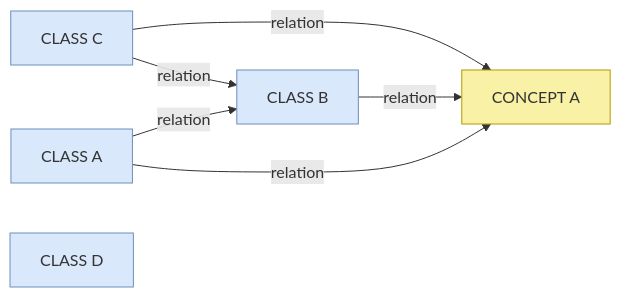
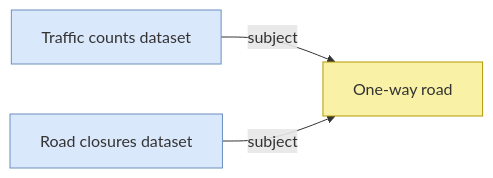
Before and after one commit to Kurrawong/docs: the fourth of 7 diagrams in docs/concepts/vocabs/introduction.md, drawn with Mermaid. The commit also changed other lines of this file, not shown here.

````diff
--- a/docs/concepts/vocabs/introduction.md
+++ b/docs/concepts/vocabs/introduction.md
@@ -163,17 +165,12 @@
 ```mermaid
 graph LR;
     classDef concept fill:#f9f1a5,stroke:#b59a00;
     classDef default fill:#dae8fc,stroke:#6c8ebf;
-    
-    4["CLASS C"];
-    7["CONCEPT A"]:::concept;
-    8["CLASS B"];
-    9["CLASS A"];
-    10["CLASS D"];
 
-    4 -- "relation" --> 7;
-    4 -- "relation" --> 8;
-    8 -- "relation" --> 7;
-    9 -- "relation" --> 7;
-    9 -- "relation" --> 8;
+    A["Traffic counts dataset"];
+    B["Road closures dataset"];
+    C["One-way road"]:::concept;
+
+    A -- "subject" --> C;
+    B -- "subject" --> C;
 ```
````
